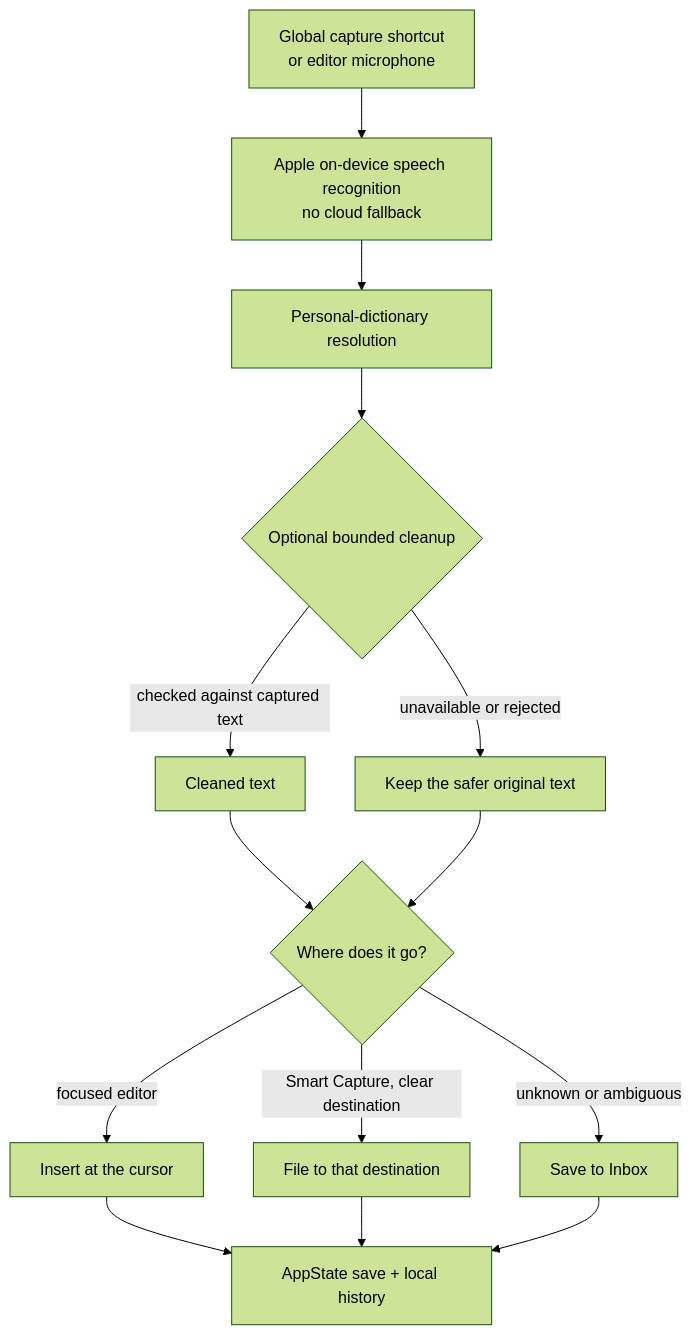
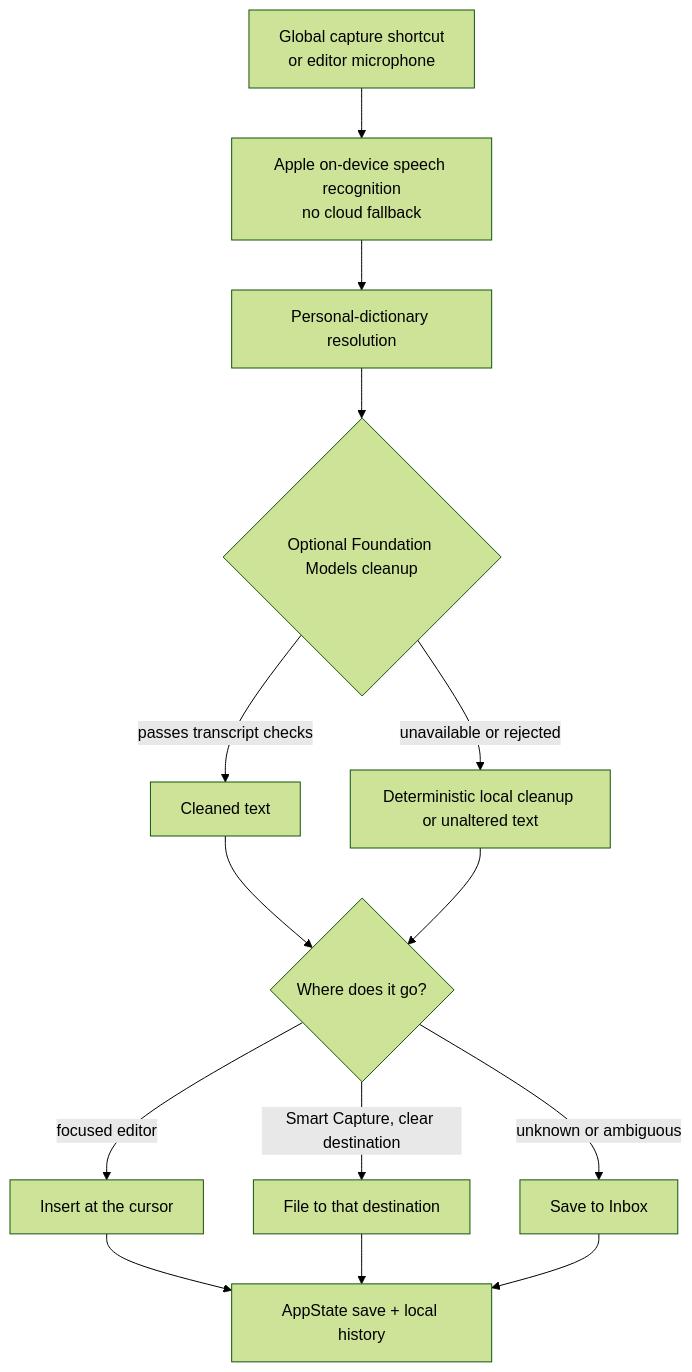
Before and after one commit to elevatesoft/Fleck: the fourth of 5 diagrams in README.md, drawn with Mermaid (forest theme). The commit also changed other lines of this file, not shown here.

Commit message:
docs: make downloads evergreen and clarify local dictation

````diff
--- a/README.md
+++ b/README.md
@@ -240,16 +240,16 @@
 ```mermaid
 flowchart TB
   Trigger["Global capture shortcut<br/>or editor microphone"] --> Speech["Apple on-device speech recognition<br/>no cloud fallback"]
   Speech --> Dictionary["Personal-dictionary resolution"]
-  Dictionary --> Cleanup{"Optional bounded cleanup"}
-  Cleanup -- "checked against captured text" --> Clean["Cleaned text"]
-  Cleanup -- "unavailable or rejected" --> Raw["Keep the safer original text"]
+  Dictionary --> Cleanup{"Optional Foundation Models cleanup"}
+  Cleanup -- "passes transcript checks" --> Clean["Cleaned text"]
+  Cleanup -- "unavailable or rejected" --> Raw["Deterministic local cleanup or unaltered text"]
   Clean --> Route{"Where does it go?"}
   Raw --> Route
   Route -- "focused editor" --> Insert["Insert at the cursor"]
   Route -- "Smart Capture, clear destination" --> Dest["File to that destination"]
   Route -- "unknown or ambiguous" --> Inbox["Save to Inbox"]
   Insert --> Save["AppState save + local history"]
   Dest --> Save
   Inbox --> Save
 ```
````
